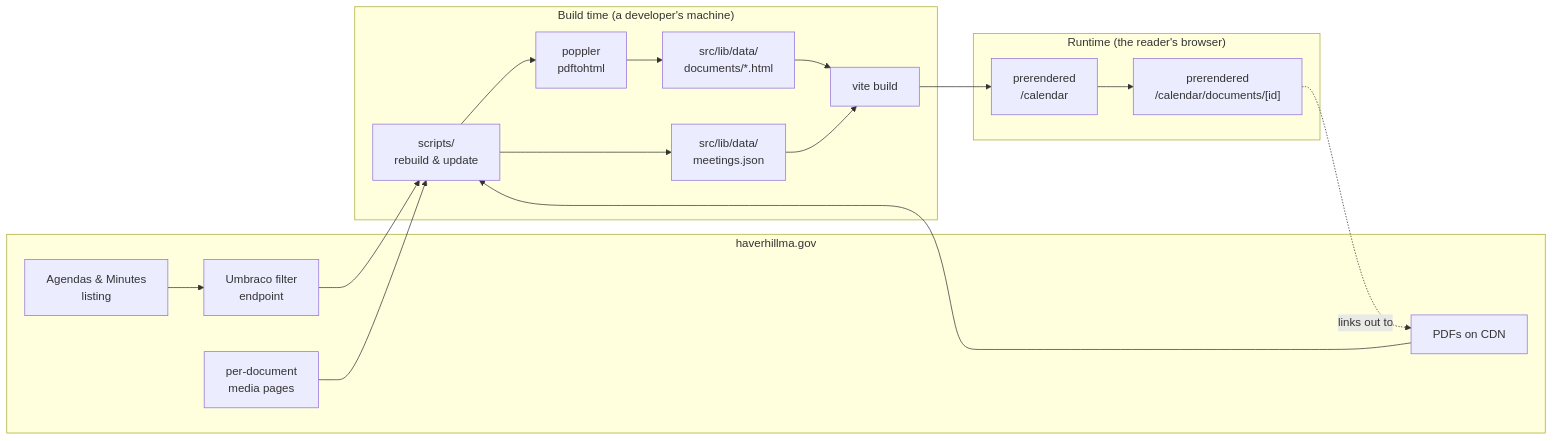
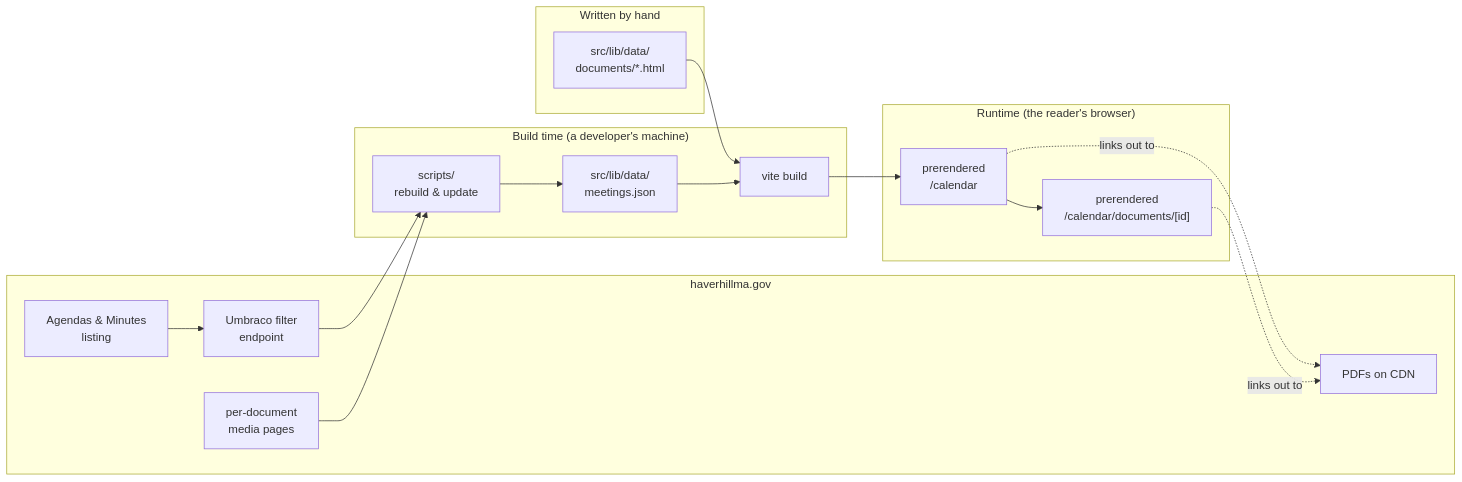
The diagram in docs/README.md (Alchemical-Artisans/civics), drawn with Mermaid before and after one commit. The commit also changed other lines of this file and 108 other files, not shown here.

````diff
--- a/docs/README.md
+++ b/docs/README.md
@@ -26,28 +26,31 @@
 ```mermaid
 flowchart LR
     subgraph city["haverhillma.gov"]
         L["Agendas & Minutes<br/>listing"]
         E["Umbraco filter<br/>endpoint"]
         M["per-document<br/>media pages"]
         P["PDFs on CDN"]
     end
 
     subgraph build["Build time (a developer's machine)"]
         S["scripts/<br/>rebuild &amp; update"]
-        C["poppler<br/>pdftohtml"]
         J["src/lib/data/<br/>meetings.json"]
+        V["vite build"]
+    end
+
+    subgraph hand["Written by hand"]
         D["src/lib/data/<br/>documents/*.html"]
-        V["vite build"]
     end
 
     subgraph runtime["Runtime (the reader's browser)"]
         H["prerendered<br/>/calendar"]
         O["prerendered<br/>/calendar/documents/[id]"]
     end
 
     L --> E --> S
     M --> S
-    P --> S --> C --> D --> V
+    D --> V
     S --> J --> V --> H --> O
+    H -. "links out to" .-> P
     O -. "links out to" .-> P
 ```
````
